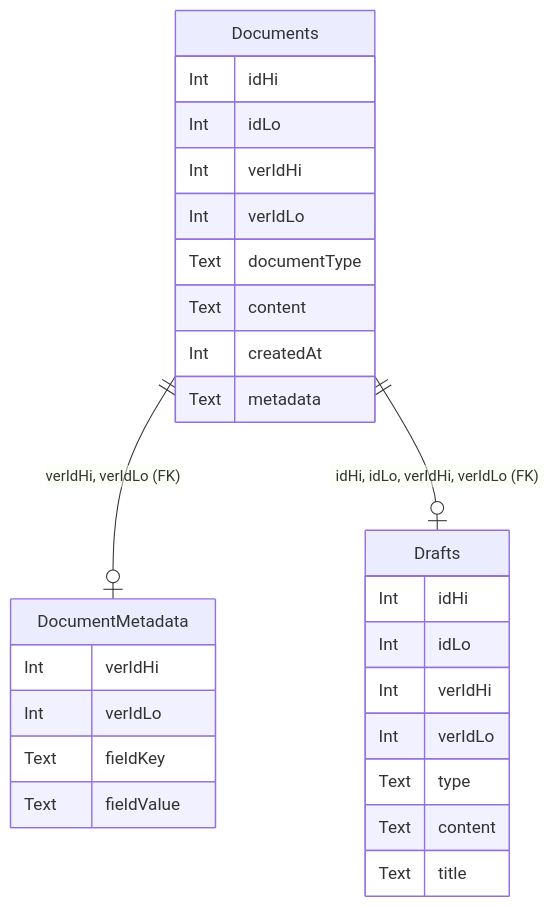
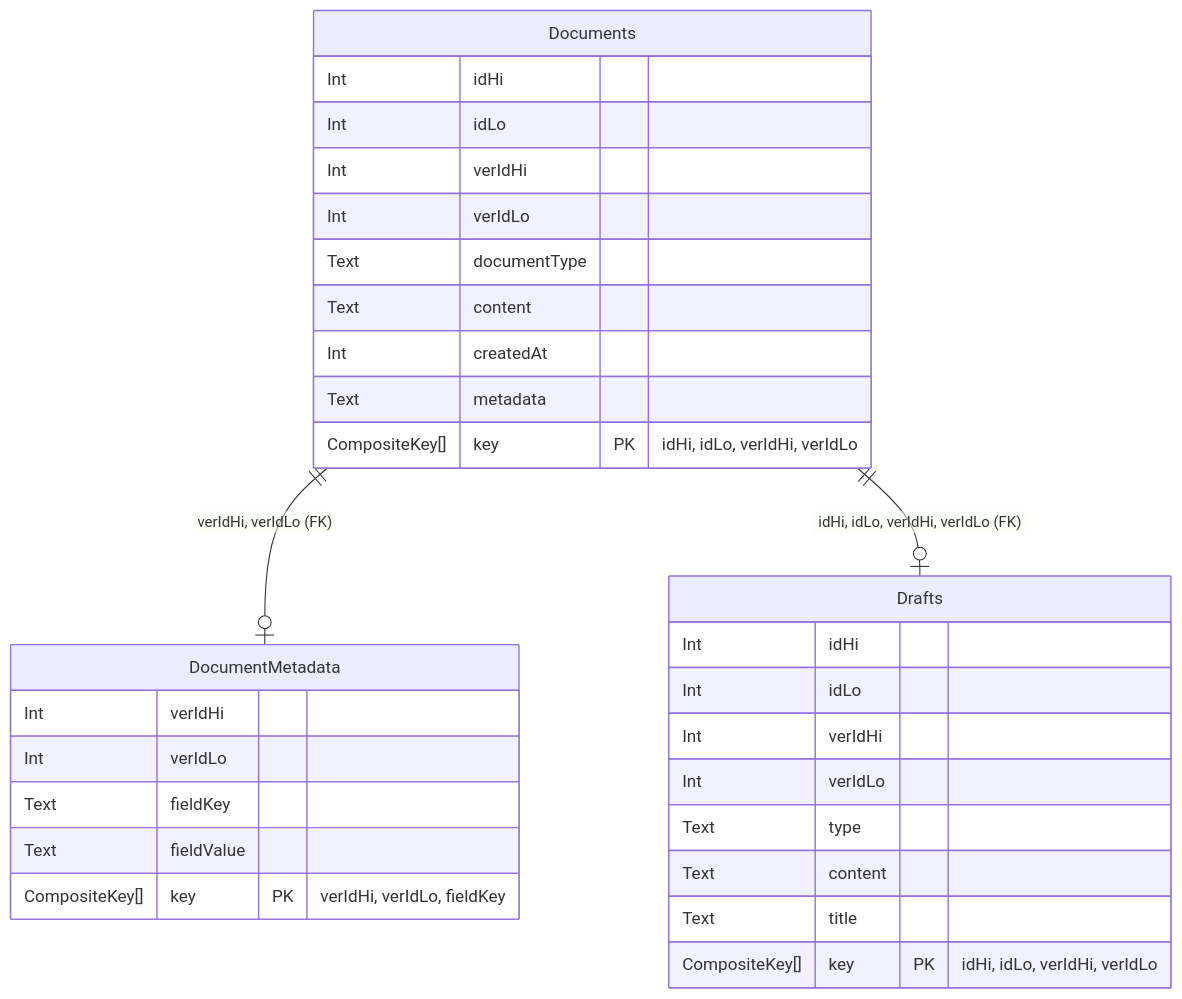
The third of 3 diagrams in docs/src/architecture/08_concepts/local_storage/storage_architecture.md (input-output-hk/catalyst-voices), drawn with Mermaid before and after one commit. The commit also changed other lines of this file, not shown here.

````diff
--- a/docs/src/architecture/08_concepts/local_storage/storage_architecture.md
+++ b/docs/src/architecture/08_concepts/local_storage/storage_architecture.md
@@ -250,81 +250,81 @@
 ```mermaid
 
 erDiagram
 
 Documents {
 
 Int idHi
 
 Int idLo
 
 Int verIdHi
 
 Int verIdLo
 
 Text documentType
 
 Text content
 
 Int createdAt
 
 Text metadata
 
-%% Primary Key: (idHi, idLo, verIdHi, verIdLo)
+CompositeKey[] key PK "idHi, idLo, verIdHi, verIdLo"
 
 %% Index: idx_unique_ver_id UNIQUE (verIdHi, verIdLo)
 
 }
 
 
 
 DocumentMetadata {
 
 Int verIdHi
 
 Int verIdLo
 
 Text fieldKey
 
 Text fieldValue
 
-%% Primary Key: (verIdHi, verIdLo, fieldKey)
+CompositeKey[] key PK "verIdHi, verIdLo, fieldKey"
 
 %% Index: idx_doc_metadata_key_value (fieldKey, fieldValue)
 
 }
 
 
 
 Drafts {
 
 Int idHi
 
 Int idLo
 
 Int verIdHi
 
 Int verIdLo
 
 Text type
 
 Text content
 
 Text title
 
-%% Primary Key: (idHi, idLo, verIdHi, verIdLo)
+CompositeKey[] key PK "idHi, idLo, verIdHi, verIdLo"
 
 %% Index: idx_draft_type (type)
 
 }
 
 
 
 %% Relationships
 
 Documents ||--o| DocumentMetadata : "verIdHi, verIdLo (FK)"
 
 Documents ||--o| Drafts : "idHi, idLo, verIdHi, verIdLo (FK)"
 
 
 
 ```
````
